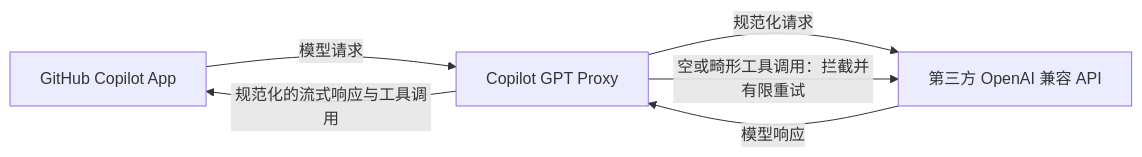
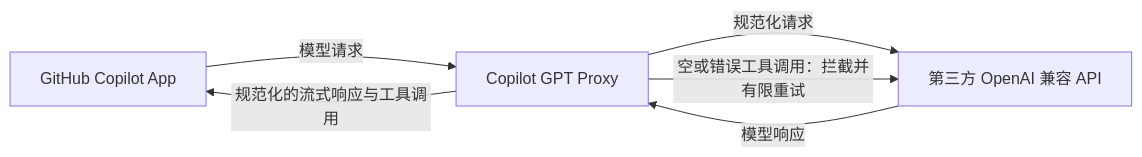
The diagram in README.md (Angela459/copilot-gpt-proxy), drawn with Mermaid before and after one commit. The commit also changed other lines of this file and 11 other files, not shown here.

````diff
--- a/README.md
+++ b/README.md
@@ -23,8 +29,8 @@
 ```mermaid
 flowchart LR
     A["GitHub Copilot App"] -->|"模型请求"| B["Copilot GPT Proxy"]
     B -->|"规范化请求"| C["第三方 OpenAI 兼容 API"]
     C -->|"模型响应"| B
-    B -->|"空或畸形工具调用：拦截并有限重试"| C
+    B -->|"空或错误工具调用：拦截并有限重试"| C
     B -->|"规范化的流式响应与工具调用"| A
 ```
````
